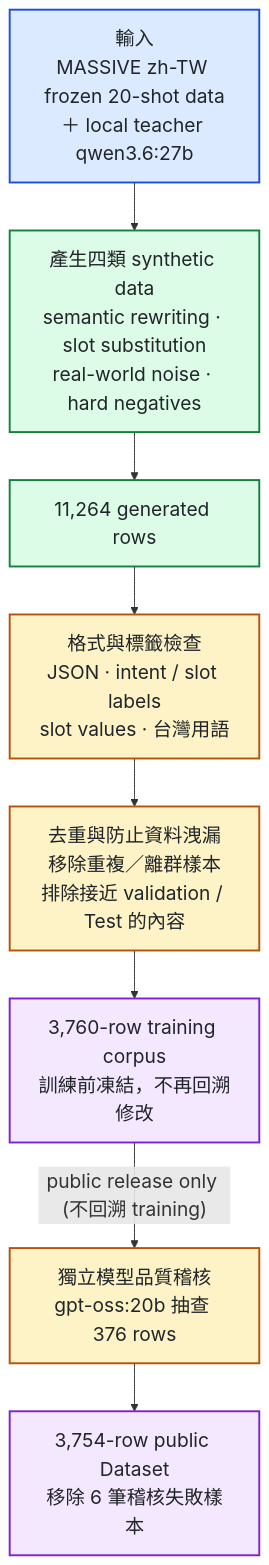
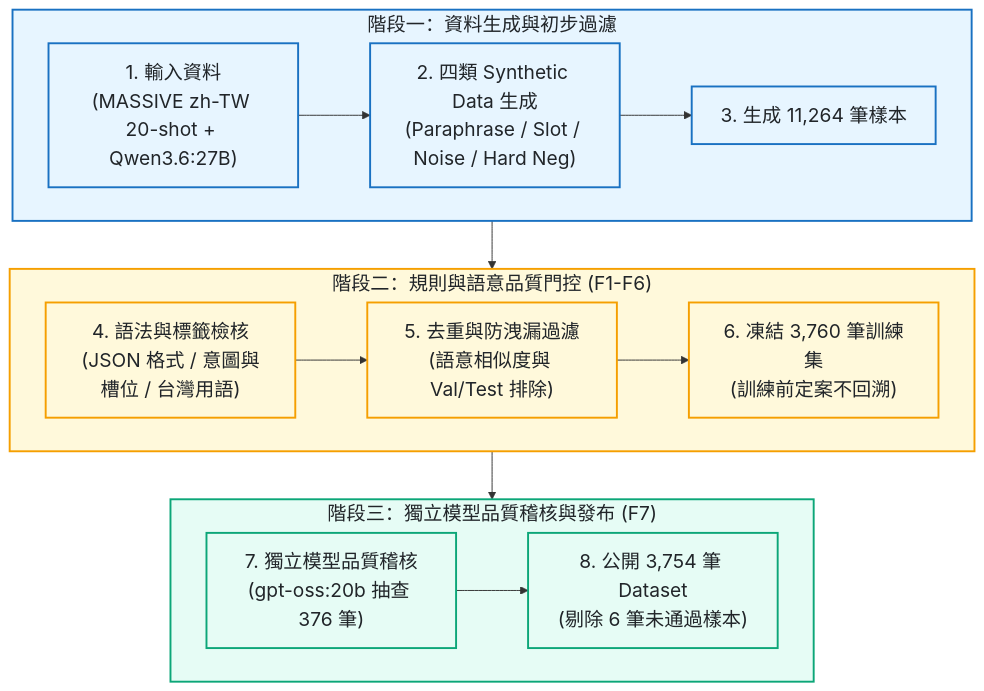
The first of 2 diagrams in README.md (kuotunyu/FormosaNLU-Synth), drawn with Mermaid before and after one commit. The commit also changed other lines of this file, not shown here.

Commit message:
docs: upgrade flowcharts to Hybrid TD+LR layout with Traditional Chinese prose and English technical terms

````diff
--- a/README.md
+++ b/README.md
@@ -83,25 +83,28 @@
 ```mermaid
 %%{init: {'themeVariables': {'fontSize': '20px'}}}%%
-flowchart TB
-    Inputs["輸入<br/>MASSIVE zh-TW frozen 20-shot data<br/>＋ local teacher qwen3.6:27b"]
-    Recipes["產生四類 synthetic data<br/>semantic rewriting · slot substitution<br/>real-world noise · hard negatives"]
-    Generated["11,264 generated rows"]
-    Checks["格式與標籤檢查<br/>JSON · intent / slot labels<br/>slot values · 台灣用語"]
-    Safety["去重與防止資料洩漏<br/>移除重複／離群樣本<br/>排除接近 validation / Test 的內容"]
-    Primary["3,760-row training corpus<br/>訓練前凍結，不再回溯修改"]
-    Judge["獨立模型品質稽核<br/>gpt-oss:20b 抽查 376 rows"]
-    Public["3,754-row public Dataset<br/>移除 6 筆稽核失敗樣本"]
+flowchart TD
+    subgraph Stage1 ["階段一：資料生成與初步過濾"]
+        direction LR
+        Inputs["1. 輸入資料<br/>(MASSIVE zh-TW 20-shot + Qwen3.6:27B)"] --> Recipes["2. 四類 Synthetic Data 生成<br/>(Paraphrase / Slot / Noise / Hard Neg)"] --> Generated["3. 生成 11,264 筆樣本"]
+    end
 
-    Inputs --> Recipes --> Generated --> Checks --> Safety --> Primary
-    Primary -->|"public release only (不回溯 training)"| Judge --> Public
+    subgraph Stage2 ["階段二：規則與語意品質門控 (F1-F6)"]
+        direction LR
+        Checks["4. 語法與標籤檢核<br/>(JSON 格式 / 意圖與槽位 / 台灣用語)"] --> Safety["5. 去重與防洩漏過濾<br/>(語意相似度與 Val/Test 排除)"] --> Primary["6. 凍結 3,760 筆訓練集<br/>(訓練前定案不回溯)"]
+    end
 
-    classDef source fill:#DBEAFE,stroke:#1D4ED8,stroke-width:2px,color:#212529
-    classDef process fill:#DCFCE7,stroke:#15803D,stroke-width:2px,color:#212529
-    classDef gate fill:#FEF3C7,stroke:#B45309,stroke-width:2px,color:#212529
-    classDef artifact fill:#F3E8FF,stroke:#7E22CE,stroke-width:2px,color:#212529
-    
-    class Inputs source
-    class Recipes,Generated process
-    class Checks,Safety,Judge gate
-    class Primary,Public artifact
+    subgraph Stage3 ["階段三：獨立模型品質稽核與發布 (F7)"]
+        direction LR
+        Judge["7. 獨立模型品質稽核<br/>(gpt-oss:20b 抽查 376 筆)"] --> Public["8. 公開 3,754 筆 Dataset<br/>(剔除 6 筆未通過樣本)"]
+    end
+
+    Stage1 --> Stage2 --> Stage3
+
+    classDef stageStyle fill:#e7f5ff,stroke:#1971c2,stroke-width:2px,color:#212529
+    classDef gateStyle fill:#fff9db,stroke:#f59f00,stroke-width:2px,color:#212529
+    classDef pubStyle fill:#e6fcf5,stroke:#0ca678,stroke-width:2px,color:#212529
+
+    class Stage1,Inputs,Recipes,Generated stageStyle
+    class Stage2,Checks,Safety,Primary gateStyle
+    class Stage3,Judge,Public pubStyle
 ```
````
